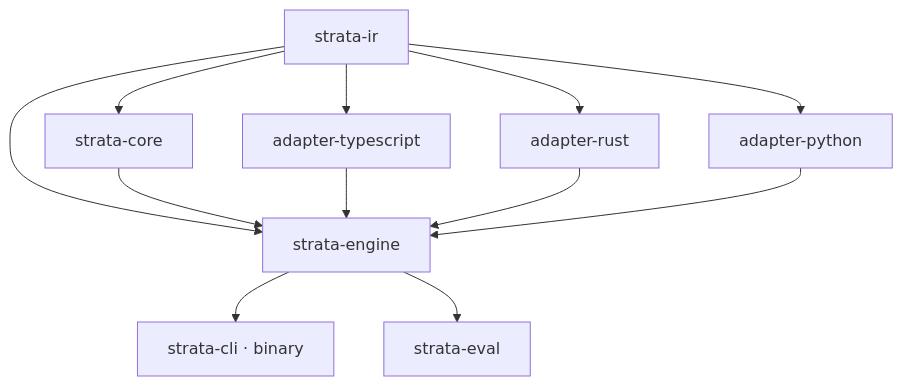
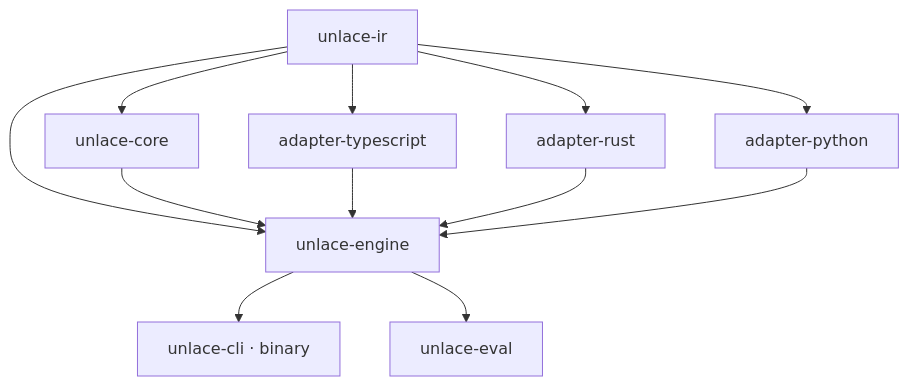
The first of 3 diagrams in docs/architecture/overview.md (theriety/strata), drawn with Mermaid before and after one commit. The commit also changed other lines of this file and 321 other files, not shown here.

First line of the commit message:
refactor!: rename strata to unlace (#80)

````diff
--- a/docs/architecture/overview.md
+++ b/docs/architecture/overview.md
@@ -21,23 +21,23 @@
 ```mermaid
 flowchart TD
-    ir[strata-ir]
-    core[strata-core]
+    ir[unlace-ir]
+    core[unlace-core]
     ats[adapter-typescript]
     ars[adapter-rust]
     aps[adapter-python]
-    engine[strata-engine]
-    cli[strata-cli · binary]
-    eval[strata-eval]
+    engine[unlace-engine]
+    cli[unlace-cli · binary]
+    eval[unlace-eval]
 
     ir --> core
     ir --> ats
     ir --> ars
     ir --> aps
     ir --> engine
     core --> engine
     ats --> engine
     ars --> engine
     aps --> engine
     engine --> cli
     engine --> eval
 ```
````
